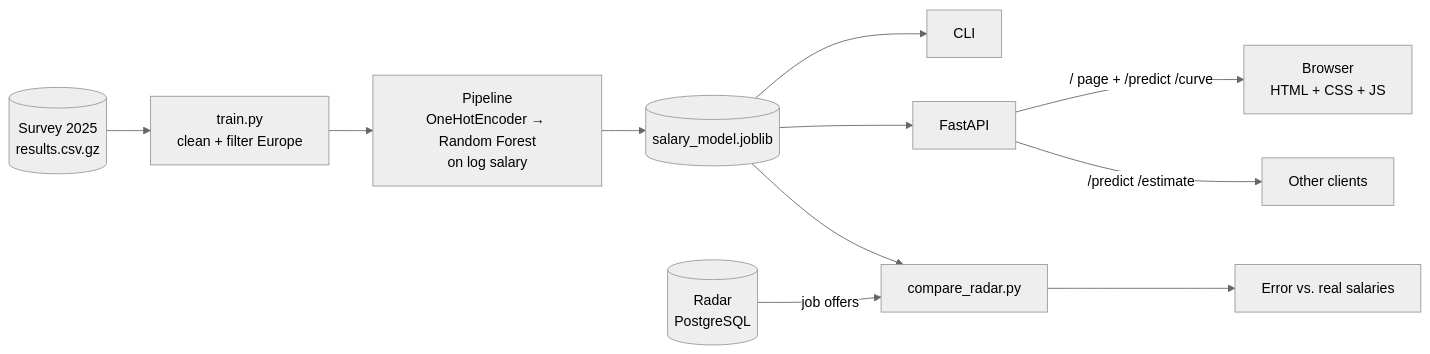
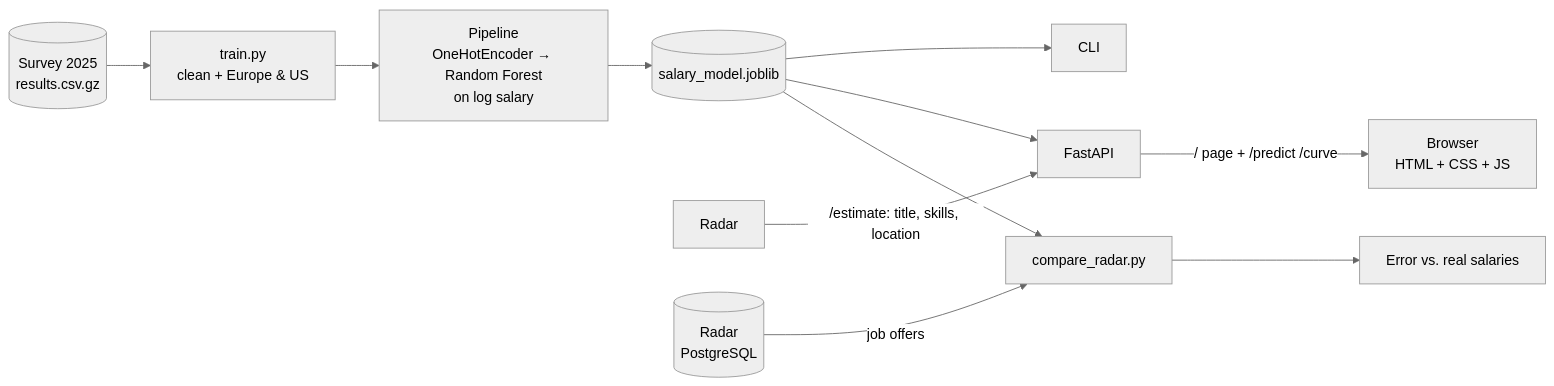
Before and after one commit to PedroPinho17/salary-predictor: the diagram in README.md, drawn with Mermaid (neutral theme). The commit also changed other lines of this file and 24 other files, not shown here.

````diff
--- a/README.md
+++ b/README.md
@@ -80,13 +83,13 @@
 ```mermaid
 flowchart LR
-    S[(Survey 2025<br/>results.csv.gz)] --> T[train.py<br/>clean + filter Europe]
+    S[(Survey 2025<br/>results.csv.gz)] --> T[train.py<br/>clean + Europe & US]
     T --> P[Pipeline<br/>OneHotEncoder → Random Forest<br/>on log salary]
     P --> M[(salary_model.joblib)]
     M --> C[CLI]
     M --> A[FastAPI]
     A -- / page + /predict /curve --> U[Browser<br/>HTML + CSS + JS]
-    A -- /predict /estimate --> X[Other clients]
+    RA[Radar] -->|"/estimate: title, skills, location"| A
     R[(Radar<br/>PostgreSQL)] -- job offers --> CR[compare_radar.py]
     M --> CR
     CR --> E[Error vs. real salaries]
 ```
````
